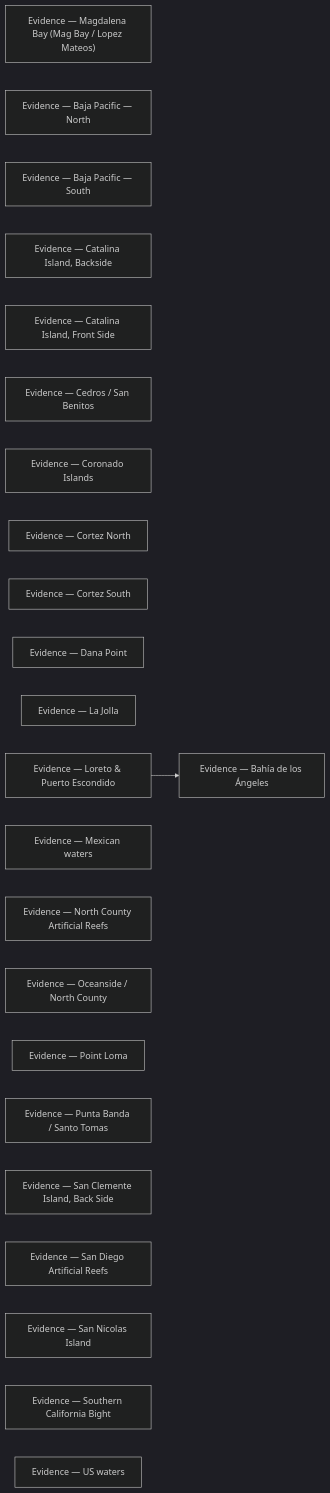
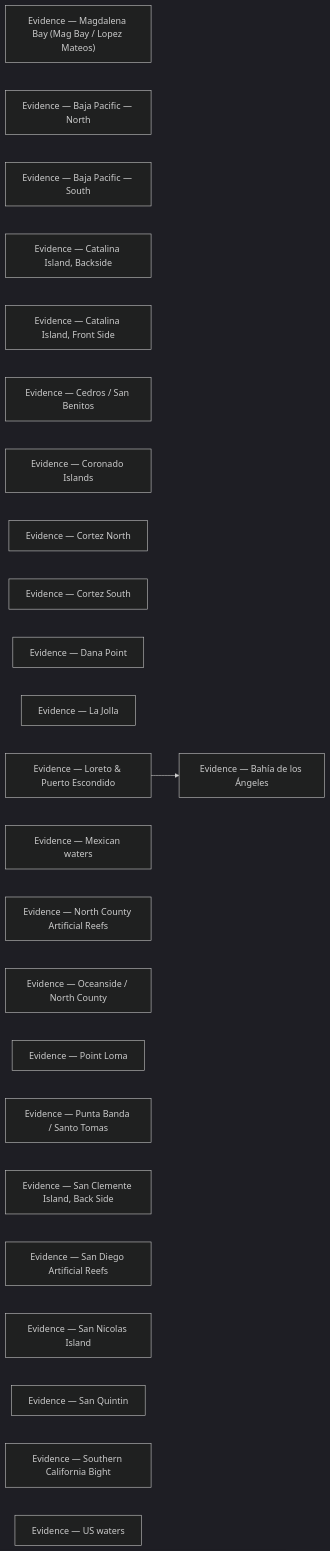
Before and after one commit to camchuckpete-max/Socal-Fishing-Knowledge: the diagram in locations/evidence/README.md, drawn with Mermaid (dark theme). The commit also changed other lines of this file and 14 other files, not shown here.

Commit message:
review: locations/san-quintin.md — transformed

````diff
--- a/locations/evidence/README.md
+++ b/locations/evidence/README.md
@@ -36,27 +37,28 @@
 ```mermaid
 graph LR
   n0["Evidence — Bahía de los Ángeles"]
   n1["Evidence — Magdalena Bay (Mag Bay / Lopez Mateos)"]
   n2["Evidence — Baja Pacific — North"]
   n3["Evidence — Baja Pacific — South"]
   n4["Evidence — Catalina Island, Backside"]
   n5["Evidence — Catalina Island, Front Side"]
   n6["Evidence — Cedros / San Benitos"]
   n7["Evidence — Coronado Islands"]
   n8["Evidence — Cortez North"]
   n9["Evidence — Cortez South"]
   n10["Evidence — Dana Point"]
   n11["Evidence — La Jolla"]
   n12["Evidence — Loreto & Puerto Escondido"]
   n13["Evidence — Mexican waters"]
   n14["Evidence — North County Artificial Reefs"]
   n15["Evidence — Oceanside / North County"]
   n16["Evidence — Point Loma"]
   n17["Evidence — Punta Banda / Santo Tomas"]
   n18["Evidence — San Clemente Island, Back Side"]
   n19["Evidence — San Diego Artificial Reefs"]
   n20["Evidence — San Nicolas Island"]
-  n21["Evidence — Southern California Bight"]
-  n22["Evidence — US waters"]
+  n21["Evidence — San Quintin"]
+  n22["Evidence — Southern California Bight"]
+  n23["Evidence — US waters"]
   n12 --> n0
 ```
````
